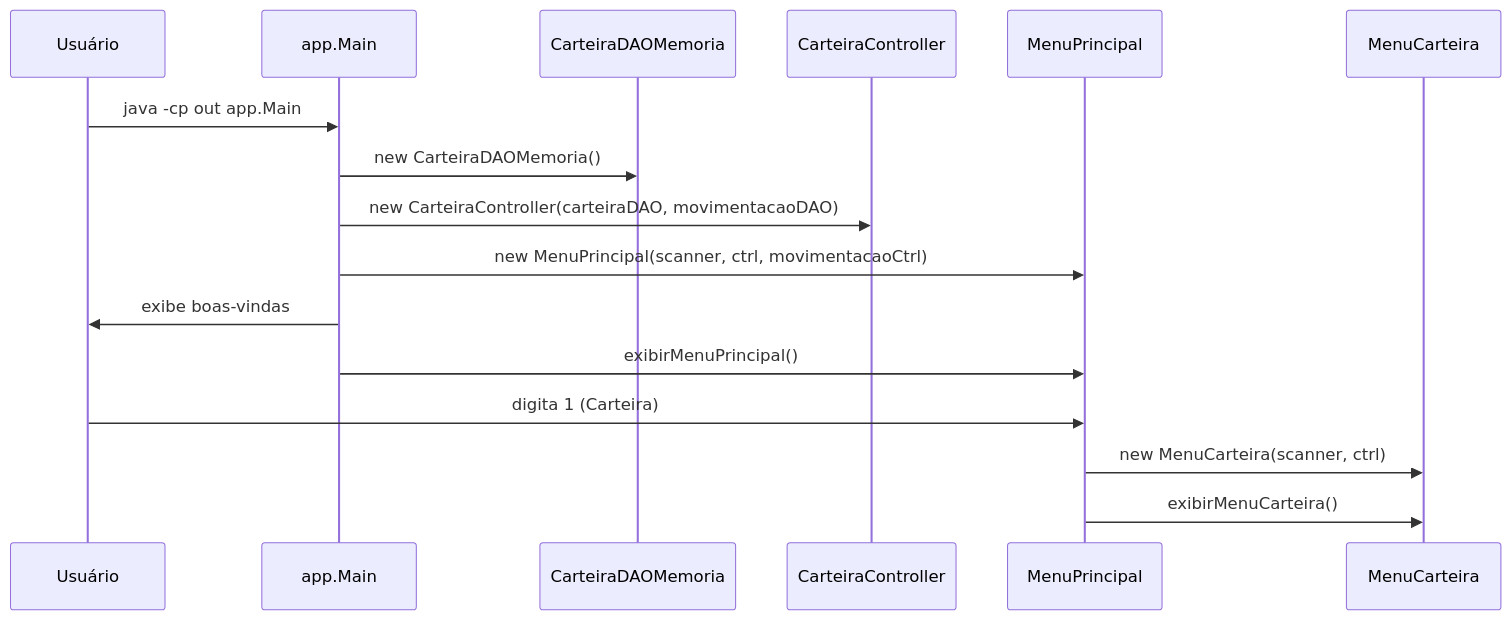
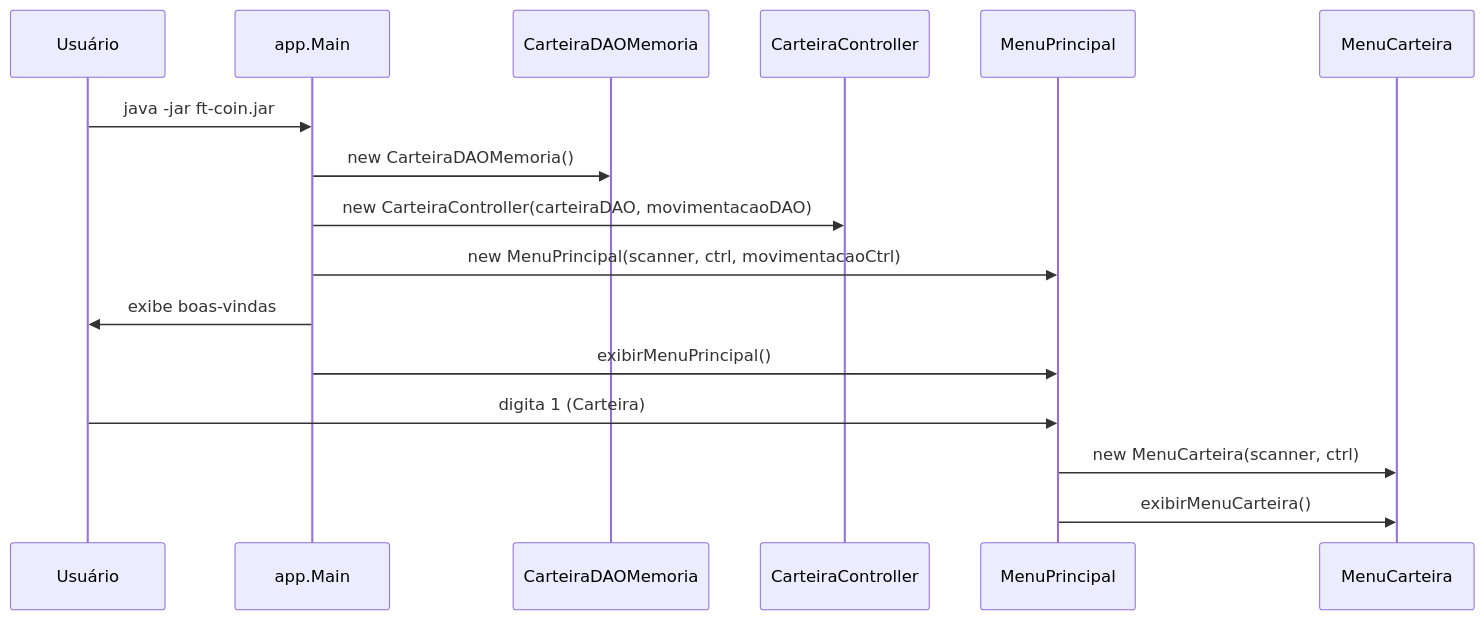
One commit to CassianoBorborema/FT_Coin changed the second of 9 diagrams in docs/fluxo-carteira.md. Above: the diagram before and after it, drawn with Mermaid. The commit also changed other lines of this file and 147 other files, not shown here.

````diff
--- a/docs/fluxo-carteira.md
+++ b/docs/fluxo-carteira.md
@@ -70,19 +70,19 @@
 ```mermaid
 sequenceDiagram
     participant User as Usuário
     participant Main as app.Main
     participant DAO as CarteiraDAOMemoria
     participant Ctrl as CarteiraController
     participant MP as MenuPrincipal
     participant MC as MenuCarteira
 
-    User->>Main: java -cp out app.Main
+    User->>Main: java -jar ft-coin.jar
     Main->>DAO: new CarteiraDAOMemoria()
     Main->>Ctrl: new CarteiraController(carteiraDAO, movimentacaoDAO)
     Main->>MP: new MenuPrincipal(scanner, ctrl, movimentacaoCtrl)
     Main->>User: exibe boas-vindas
     Main->>MP: exibirMenuPrincipal()
     User->>MP: digita 1 (Carteira)
     MP->>MC: new MenuCarteira(scanner, ctrl)
     MP->>MC: exibirMenuCarteira()
 ```
````
